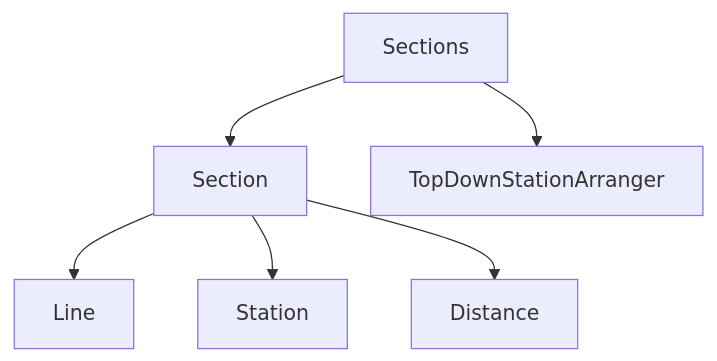
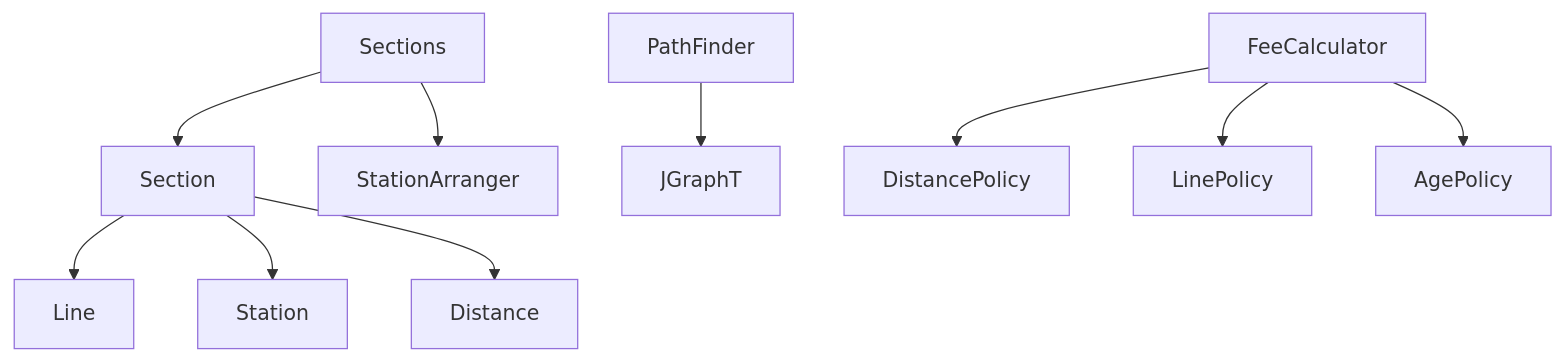
One commit to woowacourse/jwp-subway-path changed the diagram in README.md. Above: the diagram before and after it, drawn with Mermaid. The commit also changed other lines of this file and 48 other files, not shown here.

````diff
--- a/README.md
+++ b/README.md
@@ -23,9 +38,15 @@
 ```mermaid
 graph TD
 Sections --> Section
-Sections --> TopDownStationArranger
+Sections --> StationArranger
 
 Section -->  Line
 Section --> Station
 Section --> Distance
+
+PathFinder --> JGraphT
+
+FeeCalculator --> DistancePolicy
+FeeCalculator --> LinePolicy
+FeeCalculator --> AgePolicy
 ```
````
